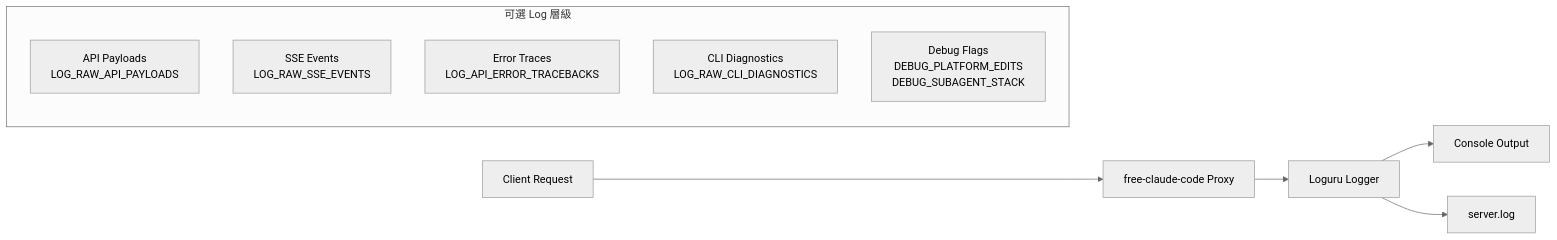
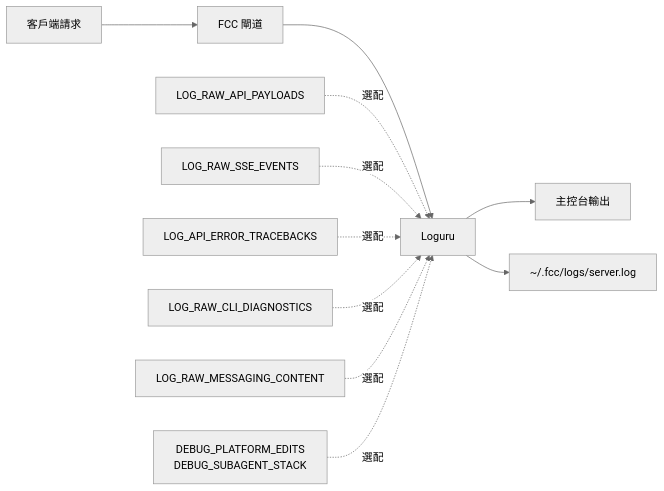
Before and after one commit to chihhung/Blog: diagram 20 of 27 in content/posts/教學/AI開發/free-claude-code 教學手冊.md, drawn with Mermaid (neutral theme). The commit also changed other lines of this file and 1 other file, not shown here.

Commit message:
docs: content update

````diff
--- a/content/posts/教學/AI開發/free-claude-code 教學手冊.md
+++ b/content/posts/教學/AI開發/free-claude-code 教學手冊.md
@@ -1667,15 +2502,14 @@
 ```mermaid
 graph LR
-    REQ[Client Request] --> PROXY[free-claude-code Proxy]
-    PROXY --> LOG[Loguru Logger]
-    LOG --> CONSOLE[Console Output]
-    LOG --> FILE[server.log]
+    REQ[客戶端請求] --> PROXY[FCC 閘道]
+    PROXY --> LOG[Loguru]
+    LOG --> CONSOLE[主控台輸出]
+    LOG --> FILE["~/.fcc/logs/server.log"]
 
-    subgraph "可選 Log 層級"
-        L1[API Payloads<br/>LOG_RAW_API_PAYLOADS]
-        L2[SSE Events<br/>LOG_RAW_SSE_EVENTS]
-        L3[Error Traces<br/>LOG_API_ERROR_TRACEBACKS]
-        L4[CLI Diagnostics<br/>LOG_RAW_CLI_DIAGNOSTICS]
-        L5[Debug Flags<br/>DEBUG_PLATFORM_EDITS<br/>DEBUG_SUBAGENT_STACK]
-    end
+    L1["LOG_RAW_API_PAYLOADS"] -.選配.-> LOG
+    L2["LOG_RAW_SSE_EVENTS"] -.選配.-> LOG
+    L3["LOG_API_ERROR_TRACEBACKS"] -.選配.-> LOG
+    L4["LOG_RAW_CLI_DIAGNOSTICS"] -.選配.-> LOG
+    L5["LOG_RAW_MESSAGING_CONTENT"] -.選配.-> LOG
+    L6["DEBUG_PLATFORM_EDITS<br/>DEBUG_SUBAGENT_STACK"] -.選配.-> LOG
 ```
````
